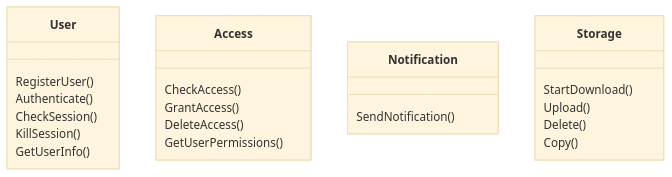
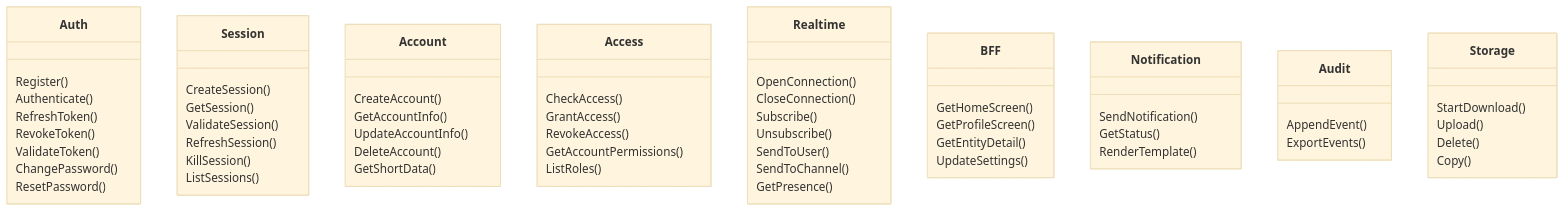
The ninth of 13 diagrams in task1/schema.md (HotCucumber1/account), drawn with Mermaid (base theme) before and after one commit. The commit also changed other lines of this file and 1 other file, not shown here.

Commit message:
[schema] Вторая версия схемы

````diff
--- a/task1/schema.md
+++ b/task1/schema.md
@@ -142,28 +372,72 @@
 ```mermaid
 classDiagram
-    class User {
-        RegisterUser()
+    class Auth {
+        Register()
         Authenticate()
-        CheckSession()
+        RefreshToken()
+        RevokeToken()
+        ValidateToken()
+        ChangePassword()
+        ResetPassword()
+    }
+
+    class Session {
+        CreateSession()
+        GetSession()
+        ValidateSession()
+        RefreshSession()
         KillSession()
-        GetUserInfo()
+        ListSessions()
+    }
+
+    class Account {
+        CreateAccount()
+        GetAccountInfo()
+        UpdateAccountInfo()
+        DeleteAccount()
+        GetShortData()
     }
 
     class Access {
         CheckAccess()
         GrantAccess()
-        DeleteAccess()
-        GetUserPermissions()
+        RevokeAccess()
+        GetAccountPermissions()
+        ListRoles()
+    }
+
+    class Realtime {
+        OpenConnection()
+        CloseConnection()
+        Subscribe()
+        Unsubscribe()
+        SendToUser()
+        SendToChannel()
+        GetPresence()
+    }
+
+    class BFF {
+        GetHomeScreen()
+        GetProfileScreen()
+        GetEntityDetail()
+        UpdateSettings()
     }
 
     class Notification {
         SendNotification()
+        GetStatus()
+        RenderTemplate()
+    }
+
+    class Audit {
+        AppendEvent()
+        ExportEvents()
     }
 
     class Storage {
         StartDownload()
         Upload()
         Delete()
         Copy()
     }
 ```
````
